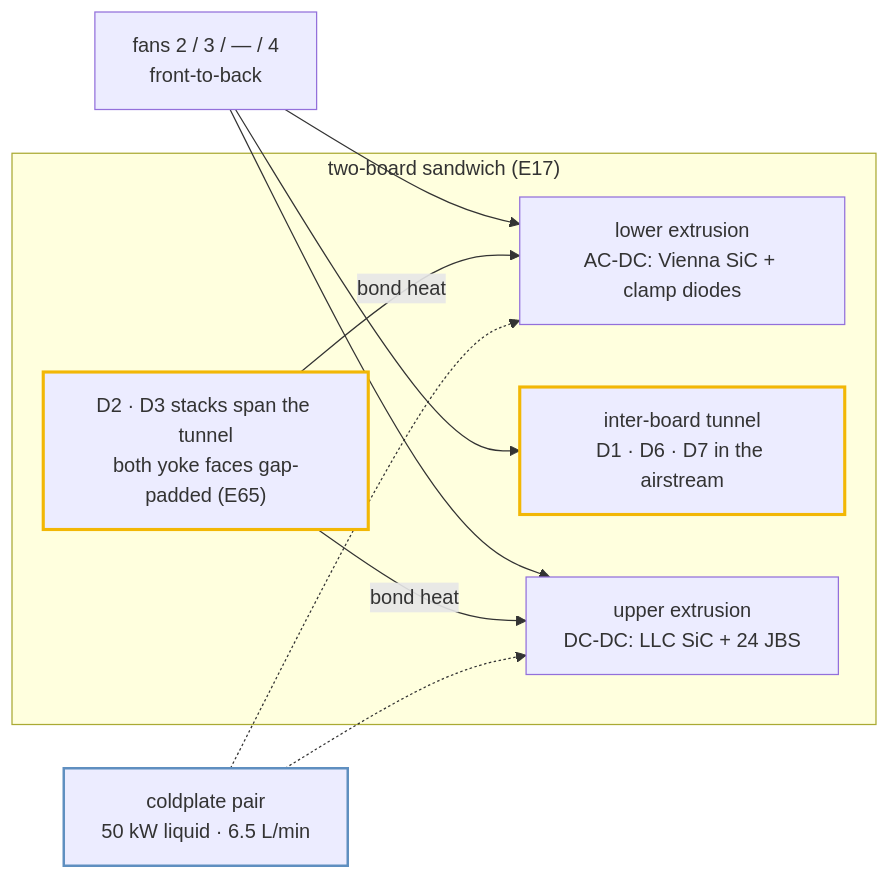
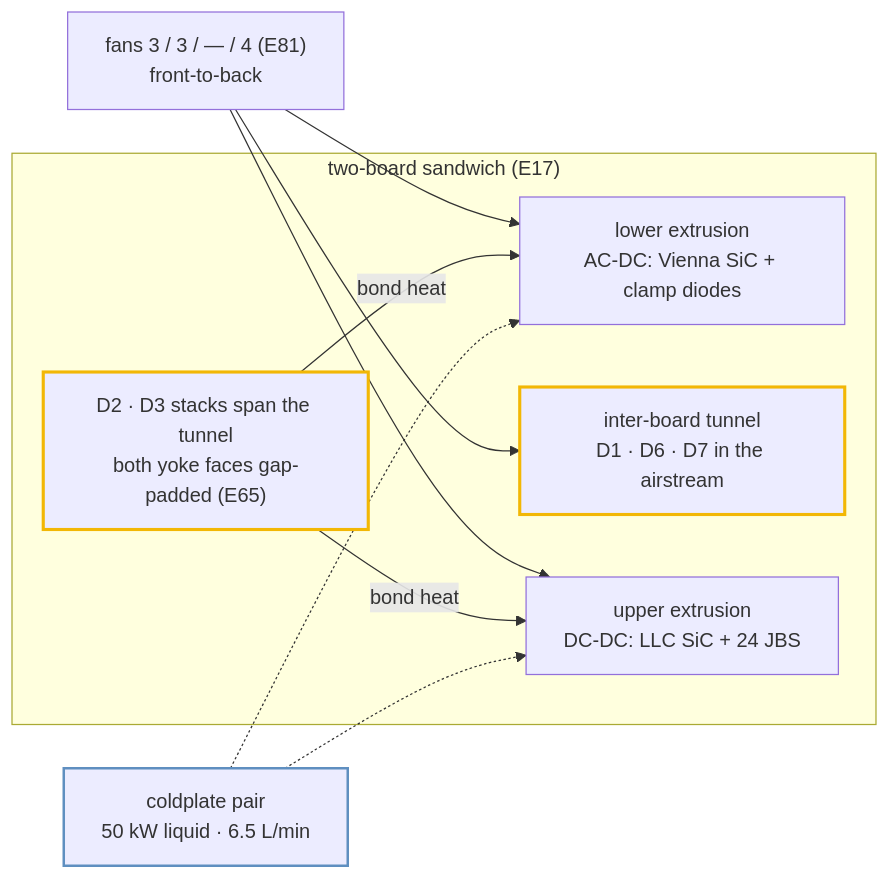
Before and after one commit to vectivolt/DC-Modules: the second of 5 diagrams in docs/thermal-report.md, drawn with Mermaid. The commit also changed other lines of this file and 37 other files, not shown here.

First line of the commit message:
E81 docs: premium polish pass — 42 pages restructured, 80 diagrams, 61+ stale claims fixed, gates synced

````diff
--- a/docs/thermal-report.md
+++ b/docs/thermal-report.md
@@ -103,16 +127,16 @@
 ```mermaid
 flowchart LR
   subgraph S["two-board sandwich (E17)"]
     L["lower extrusion<br/>AC-DC: Vienna SiC + clamp diodes"]
     T["inter-board tunnel<br/>D1 · D6 · D7 in the airstream"]
     M["D2 · D3 stacks span the tunnel<br/>both yoke faces gap-padded (E65)"]
     U["upper extrusion<br/>DC-DC: LLC SiC + 24 JBS"]
   end
-  F["fans 2 / 3 / — / 4<br/>front-to-back"] --> L & T & U
+  F["fans 3 / 3 / — / 4 (E81)<br/>front-to-back"] --> L & T & U
   M -->|bond heat| L
   M -->|bond heat| U
   C["coldplate pair<br/>50 kW liquid · 6.5 L/min"] -.-> L & U
   style T stroke:#f2b705,stroke-width:2.5px
   style M stroke:#f2b705,stroke-width:2.5px
   style C stroke:#5f8fc0,stroke-width:2px
 ```
````
